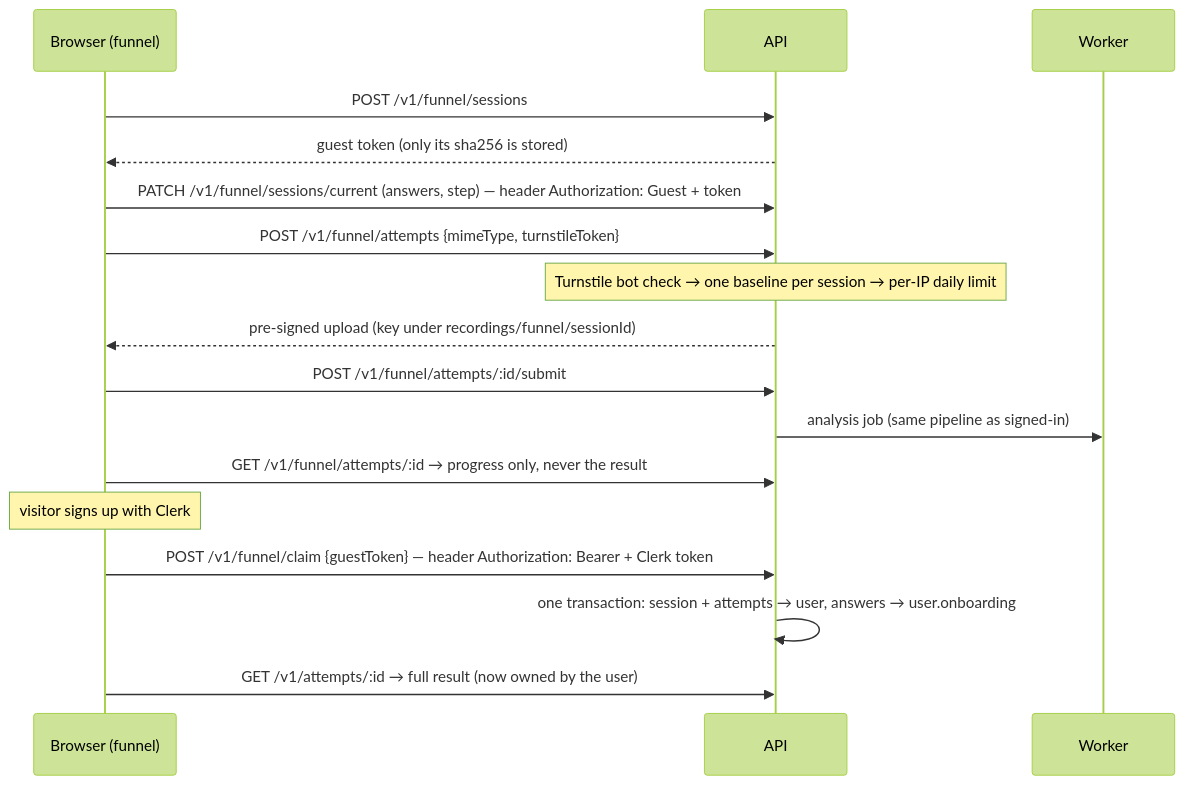
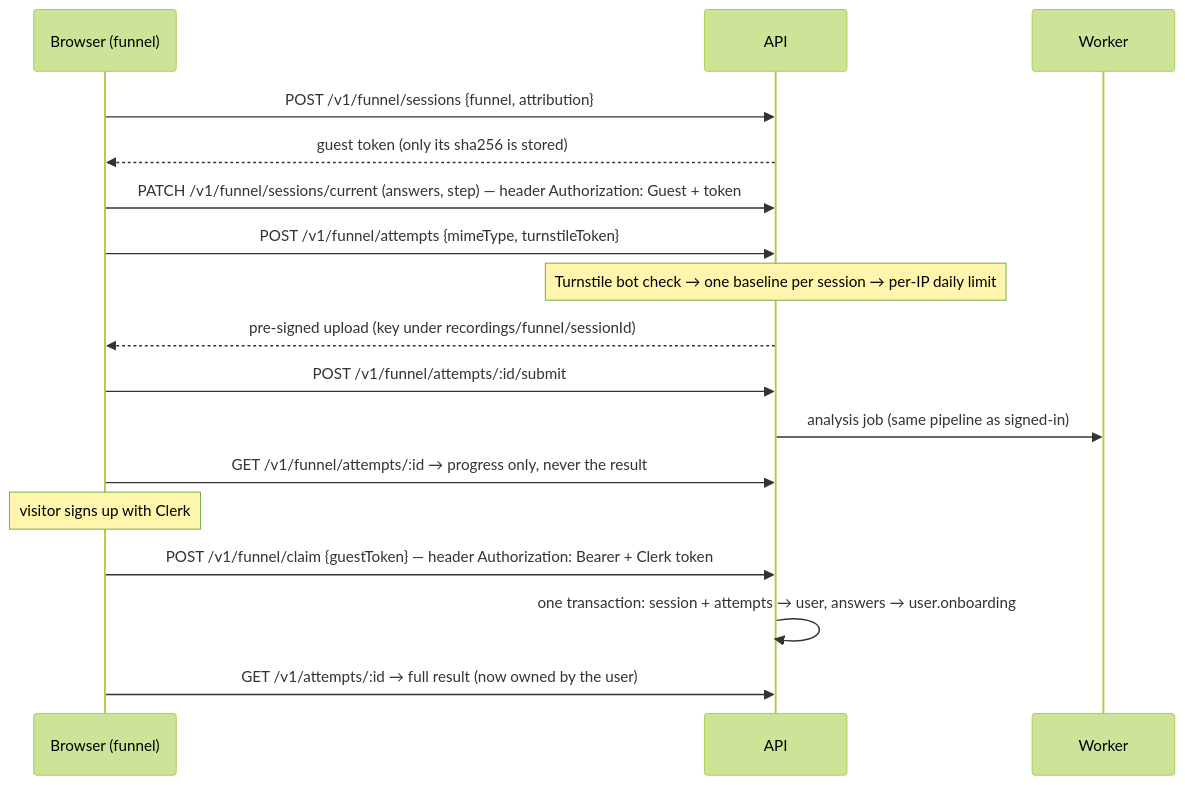
The third of 5 diagrams in docs/architecture.md (HrynchukTymofii/SpeakUp), drawn with Mermaid (forest theme) before and after one commit. The commit also changed other lines of this file and 8 other files, not shown here.

````diff
--- a/docs/architecture.md
+++ b/docs/architecture.md
@@ -166,20 +172,20 @@
 ```mermaid
 sequenceDiagram
   participant B as Browser (funnel)
   participant A as API
   participant W as Worker
 
-  B->>A: POST /v1/funnel/sessions
+  B->>A: POST /v1/funnel/sessions {funnel, attribution}
   A-->>B: guest token (only its sha256 is stored)
   B->>A: PATCH /v1/funnel/sessions/current (answers, step) — header Authorization: Guest + token
   B->>A: POST /v1/funnel/attempts {mimeType, turnstileToken}
   Note over A: Turnstile bot check → one baseline per session → per-IP daily limit
   A-->>B: pre-signed upload (key under recordings/funnel/sessionId)
   B->>A: POST /v1/funnel/attempts/:id/submit
   A->>W: analysis job (same pipeline as signed-in)
   B->>A: GET /v1/funnel/attempts/:id → progress only, never the result
   Note over B: visitor signs up with Clerk
   B->>A: POST /v1/funnel/claim {guestToken} — header Authorization: Bearer + Clerk token
   A->>A: one transaction: session + attempts → user, answers → user.onboarding
   B->>A: GET /v1/attempts/:id → full result (now owned by the user)
 ```
````
